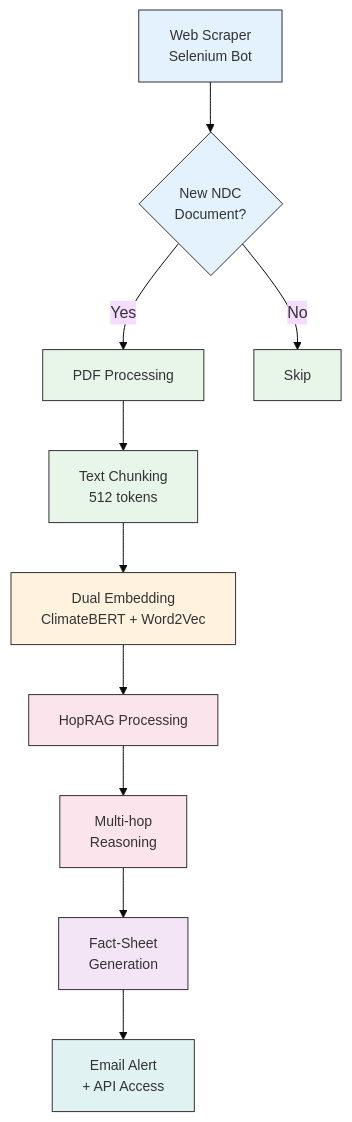
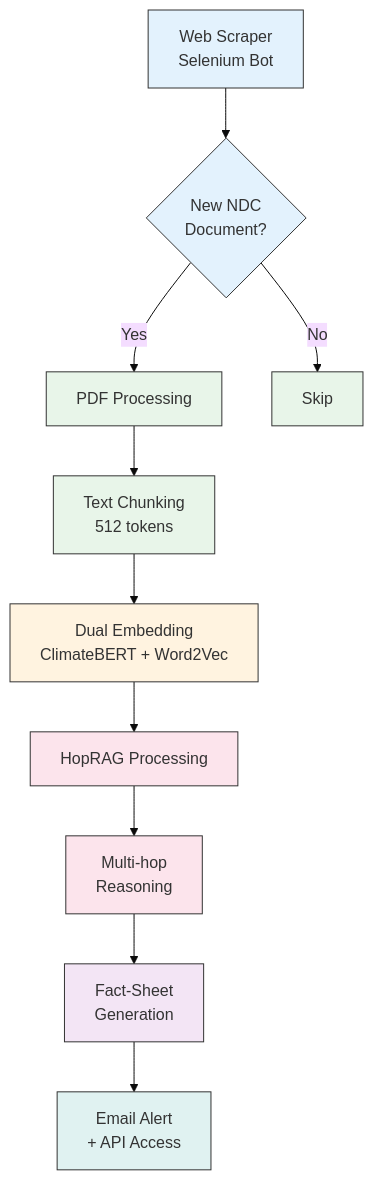
Before and after one commit to lse-ds205/rag-fact-sheets: the first of 3 diagrams in README.md, drawn with Mermaid (base theme).

Commit message:
test mermaid render

````diff
--- a/README.md
+++ b/README.md
@@ -12,23 +12,23 @@
 ```mermaid 
 graph TD
     A[Web Scraper<br/>Selenium Bot] --> B{New NDC<br/>Document?}
     B -->|Yes| C[PDF Processing]
     B -->|No| D[Skip]
     C --> E[Text Chunking<br/>512 tokens]
     E --> F[Dual Embedding<br/>ClimateBERT + Word2Vec]
     F --> G[HopRAG Processing]
     G --> H[Multi-hop<br/>Reasoning]
     H --> I[Fact-Sheet<br/>Generation]
     I --> J[Email Alert<br/>+ API Access]
     
-    style A fill:#E3F2FD,stroke:#333,font-size:14px
-    style B fill:#E3F2FD,stroke:#333,font-size:14px
-    style C fill:#E8F5E9,stroke:#333,font-size:14px
-    style D fill:#E8F5E9,stroke:#333,font-size:14px
-    style E fill:#E8F5E9,stroke:#333,font-size:14px
-    style F fill:#FFF3E0,stroke:#333,font-size:14px
-    style G fill:#FCE4EC,stroke:#333,font-size:14px
-    style H fill:#FCE4EC,stroke:#333,font-size:14px
-    style I fill:#F3E5F5,stroke:#333,font-size:14px
-    style J fill:#E0F2F1,stroke:#333,font-size:14px
+    style A fill:#E3F2FD,stroke:#333,padding:5px
+    style B fill:#E3F2FD,stroke:#333,padding:5px
+    style C fill:#E8F5E9,stroke:#333,padding:5px
+    style D fill:#E8F5E9,stroke:#333,padding:5px
+    style E fill:#E8F5E9,stroke:#333,padding:5px
+    style F fill:#FFF3E0,stroke:#333,padding:5px
+    style G fill:#FCE4EC,stroke:#333,padding:5px
+    style H fill:#FCE4EC,stroke:#333,padding:5px
+    style I fill:#F3E5F5,stroke:#333,padding:5px
+    style J fill:#E0F2F1,stroke:#333,padding:5px
 ```
````
